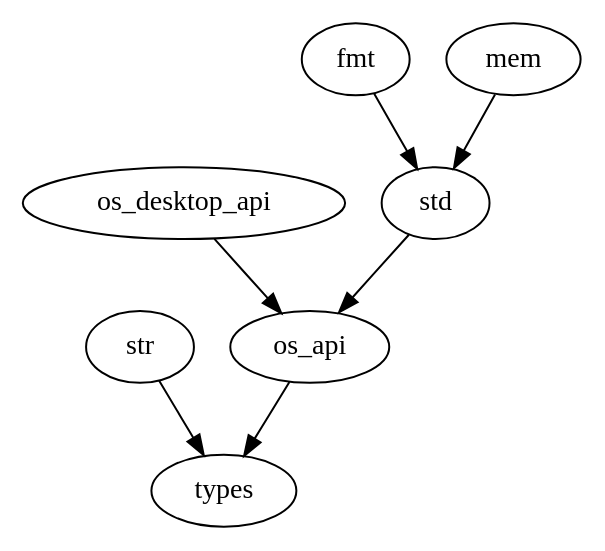
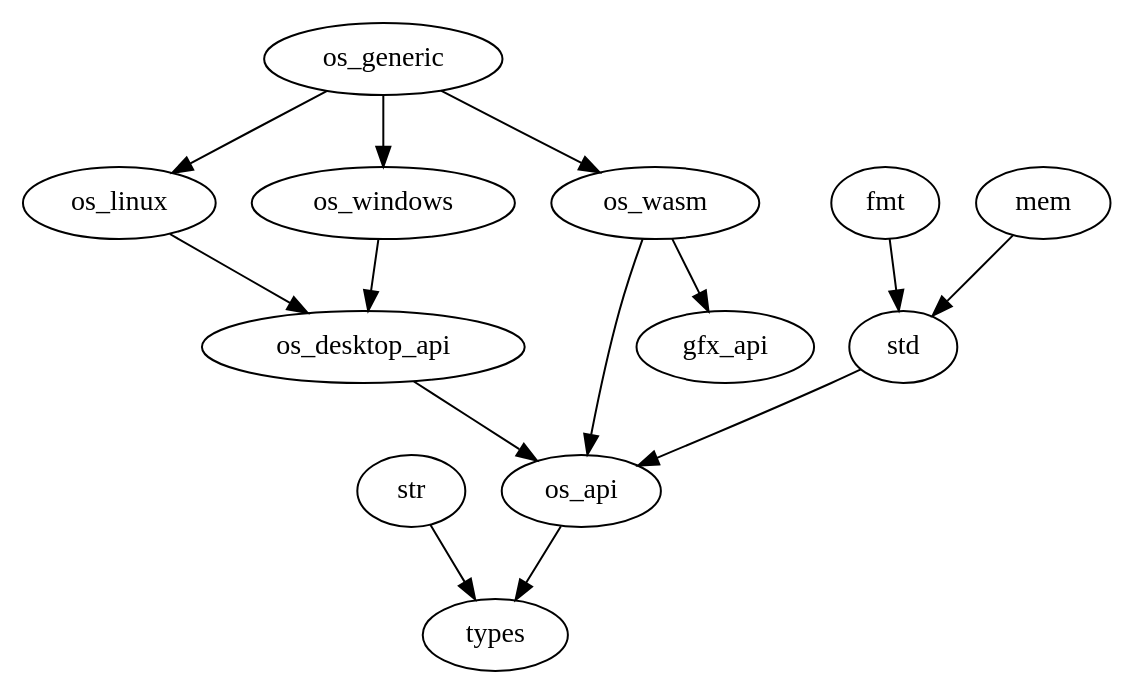
One commit to TomSmeets/quest-for-nothing changed the diagram in graph.dot. Above: the diagram before and after it, drawn with Graphviz. The commit also changed 4 other files, not shown here.

```diff
--- a/graph.dot
+++ b/graph.dot
@@ -1,7 +1,13 @@
 digraph {
     std -> os_api -> types;
     fmt -> std;
     str -> types
     mem -> std
     os_desktop_api -> os_api
+
+    os_generic -> os_linux   -> os_desktop_api;
+    os_generic -> os_windows -> os_desktop_api;
+    os_generic -> os_wasm    -> os_api;
+
+    os_wasm -> gfx_api;
 }
```
